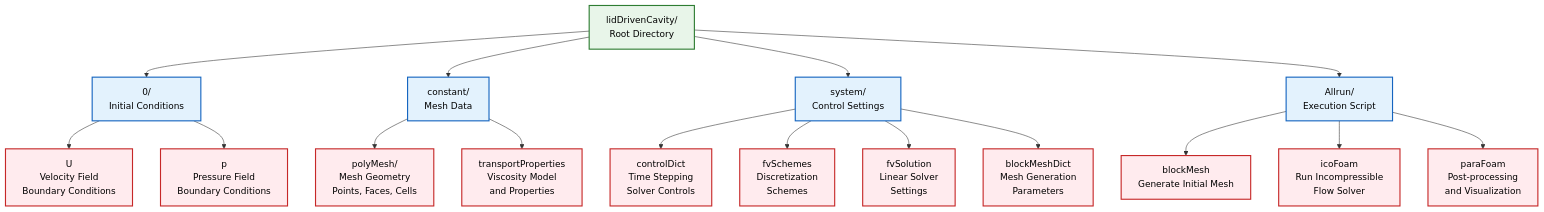
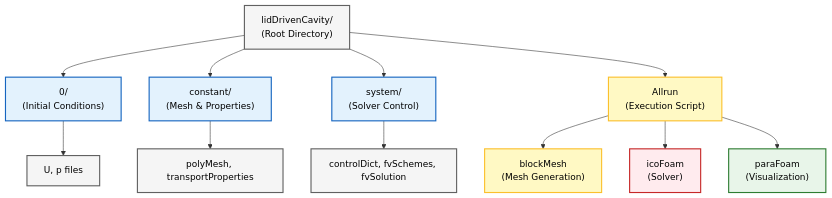
The third of 6 diagrams in MODULE_01_CFD_FUNDAMENTALS/CONTENT/04_FIRST_SIMULATION/00_Overview.md (wramet/build-my-cfd), drawn with Mermaid before and after one commit. The commit also changed other lines of this file and 313 other files, not shown here.

Commit message:
Revise all diagram

````diff
--- a/MODULE_01_CFD_FUNDAMENTALS/CONTENT/04_FIRST_SIMULATION/00_Overview.md
+++ b/MODULE_01_CFD_FUNDAMENTALS/CONTENT/04_FIRST_SIMULATION/00_Overview.md
@@ -160,31 +154,21 @@
 ```mermaid
-graph TD
-    A["lidDrivenCavity/<br/>Root Directory"] --> B["0/<br/>Initial Conditions"]
-    A --> C["constant/<br/>Mesh Data"]
-    A --> D["system/<br/>Control Settings"]
-    A --> E["Allrun/<br/>Execution Script"]
+flowchart TD
+    A["lidDrivenCavity/<br/>(Root Directory)"]:::context --> B["0/<br/>(Initial Conditions)"]:::implicit
+    A --> C["constant/<br/>(Mesh & Properties)"]:::implicit
+    A --> D["system/<br/>(Solver Control)"]:::implicit
+    A --> E["Allrun<br/>(Execution Script)"]:::explicit
+    
+    B --> B1["U, p files"]:::context
+    C --> C1["polyMesh, transportProperties"]:::context
+    D --> D1["controlDict, fvSchemes, fvSolution"]:::context
+    
+    E --> E1["blockMesh<br/>(Mesh Generation)"]:::explicit
+    E --> E2["icoFoam<br/>(Solver)"]:::volatile
+    E --> E3["paraFoam<br/>(Visualization)"]:::success
 
-    B --> B1["U<br/>Velocity Field<br/>Boundary Conditions"]
-    B --> B2["p<br/>Pressure Field<br/>Boundary Conditions"]
-
-    C --> C1["polyMesh/<br/>Mesh Geometry<br/>Points, Faces, Cells"]
-    C --> C2["transportProperties<br/>Viscosity Model<br/>and Properties"]
-
-    D --> D1["controlDict<br/>Time Stepping<br/>Solver Controls"]
-    D --> D2["fvSchemes<br/>Discretization<br/>Schemes"]
-    D --> D3["fvSolution<br/>Linear Solver<br/>Settings"]
-    D --> D4["blockMeshDict<br/>Mesh Generation<br/>Parameters"]
-
-    E --> E1["blockMesh<br/>Generate Initial Mesh"]
-    E --> E2["icoFoam<br/>Run Incompressible<br/>Flow Solver"]
-    E --> E3["paraFoam<br/>Post-processing<br/>and Visualization"]
-
-    classDef storage fill:#e8f5e9,stroke:#2e7d32,stroke-width:2px,color:#000;
-    classDef process fill:#e3f2fd,stroke:#1565c0,stroke-width:2px,color:#000;
-    classDef decision fill:#fff9c4,stroke:#fbc02d,stroke-width:2px,color:#000;
-    classDef terminator fill:#ffebee,stroke:#c62828,stroke-width:2px,color:#000;
-
-    class A storage;
-    class B,C,D,E process;
-    class B1,B2,C1,C2,D1,D2,D3,D4,E1,E2,E3 terminator;
+classDef context fill:#f5f5f5,stroke:#616161,stroke-width:2px,color:#000;
+classDef implicit fill:#e3f2fd,stroke:#1565c0,stroke-width:2px,color:#000;
+classDef explicit fill:#fff9c4,stroke:#fbc02d,stroke-width:2px,color:#000;
+classDef volatile fill:#ffebee,stroke:#c62828,stroke-width:2px,color:#000;
+classDef success fill:#e8f5e9,stroke:#2e7d32,stroke-width:2px,color:#000;
 ```
````
